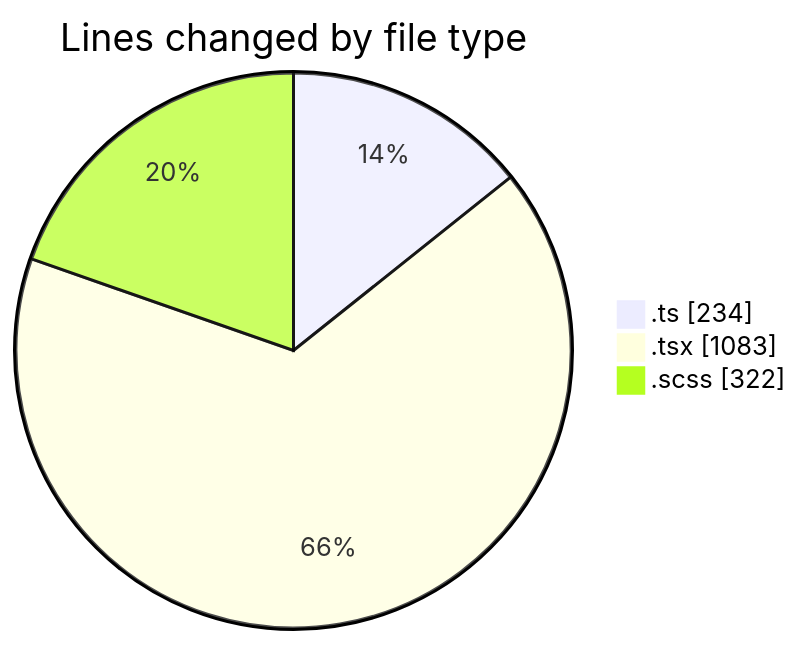
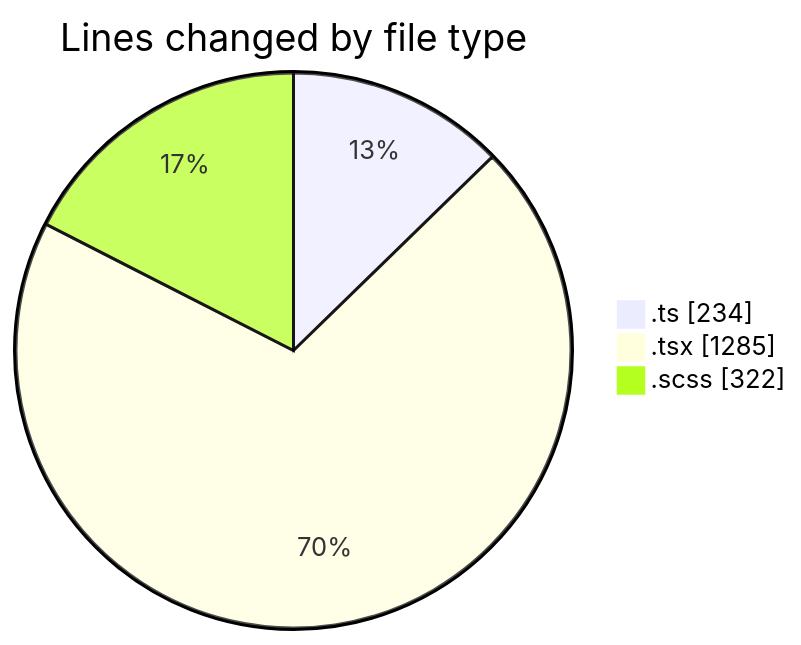
The first of 2 diagrams in 2025-05-01/cda/README.md (momahboobian/code-tracking), drawn with Mermaid before and after one commit. The commit also changed other lines of this file and 1 other file, not shown here.

````diff
--- a/2025-05-01/cda/README.md
+++ b/2025-05-01/cda/README.md
@@ -29,7 +30,7 @@
 ```mermaid
 pie showData
 title Lines changed by file type
 ".ts" : 234
-".tsx" : 1083
+".tsx" : 1285
 ".scss" : 322
 ```
````
